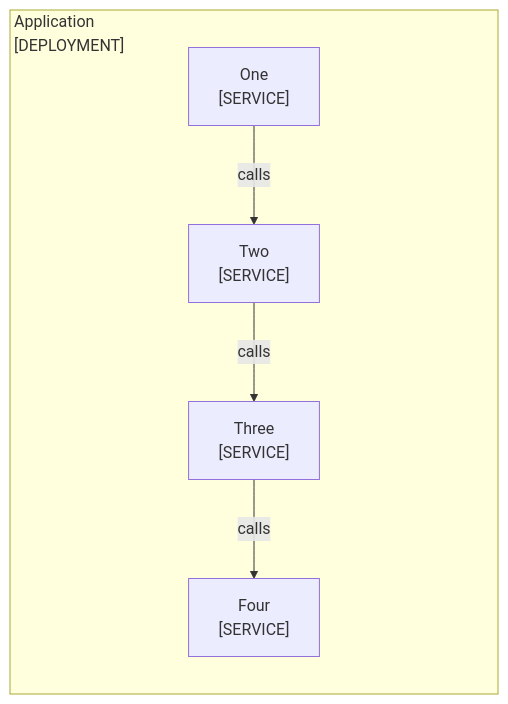
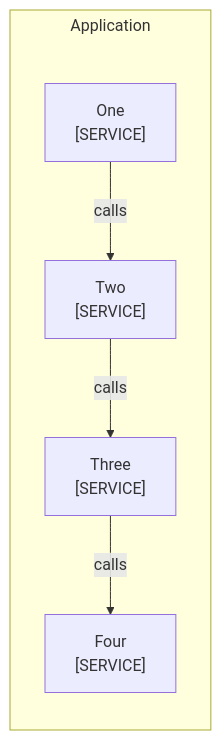
One commit to choonchernlim/skills changed the diagram in skills/docsmith/scripts/fixtures/bad/mmd-frontmatter.md. Above: the diagram before and after it, drawn with Mermaid. The commit also changed other lines of this file and 43 other files, not shown here.

Commit message:
feat: update Mermaid syntax to use 'graph TD' and enhance boundary title formatting

````diff
--- a/skills/docsmith/scripts/fixtures/bad/mmd-frontmatter.md
+++ b/skills/docsmith/scripts/fixtures/bad/mmd-frontmatter.md
@@ -12,13 +12,20 @@
 ```mermaid
-flowchart TD
-  subgraph App["<span style='display:inline-block;width:480px;text-align:left'>Application<br/>[DEPLOYMENT]</span>"]
+---
+config:
+  flowchart:
+    subGraphTitleMargin:
+      top: 4
+      bottom: 32
+---
+graph TD
+  subgraph App["Application"]
     direction TB
     One["One<br/>[SERVICE]"]
     Two["Two<br/>[SERVICE]"]
     Three["Three<br/>[SERVICE]"]
     Four["Four<br/>[SERVICE]"]
   end
   One -->|"calls"| Two
   Two -->|"calls"| Three
   Three -->|"calls"| Four
 ```
````
